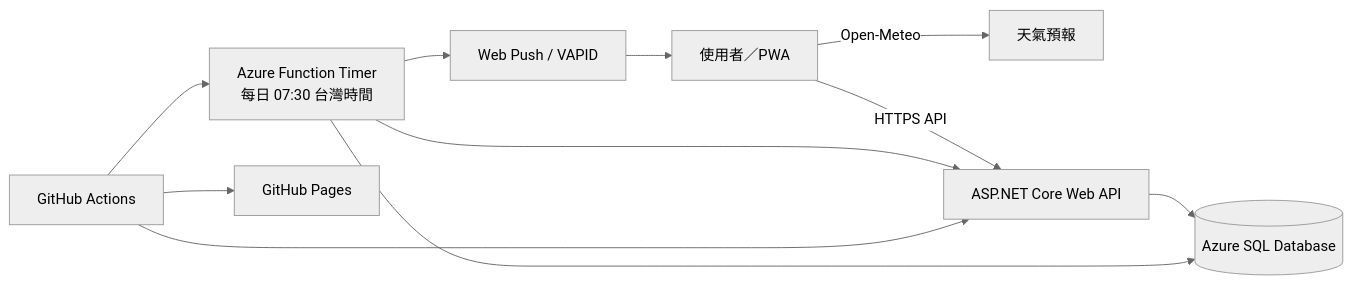
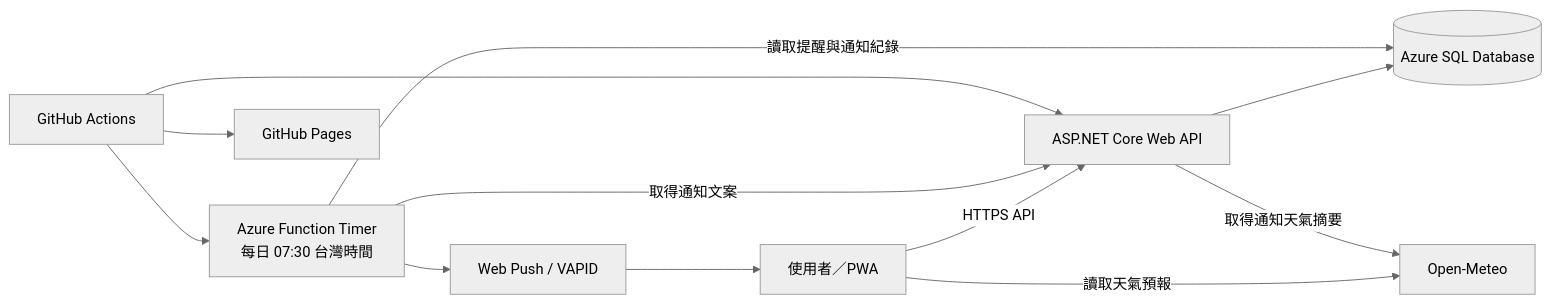
Before and after one commit to Jhen-H/WEATHER-OUTFIT: the diagram in README.md, drawn with Mermaid (neutral theme). The commit also changed other lines of this file, not shown here.

````diff
--- a/README.md
+++ b/README.md
@@ -20,13 +22,14 @@
 ```mermaid
 flowchart LR
-  U[使用者／PWA] -->|Open-Meteo| W[天氣預報]
+  U[使用者／PWA] -->|讀取天氣預報| W[Open-Meteo]
   U -->|HTTPS API| A[ASP.NET Core Web API]
   A --> S[(Azure SQL Database)]
-  F[Azure Function Timer\n每日 07:30 台灣時間] --> S
-  F --> A
+  A -->|取得通知天氣摘要| W
+  F[Azure Function Timer<br/>每日 07:30 台灣時間] -->|讀取提醒與通知紀錄| S
+  F -->|取得通知文案| A
   F --> P[Web Push / VAPID]
   P --> U
   G[GitHub Actions] --> GH[GitHub Pages]
   G --> A
   G --> F
 ```
````
